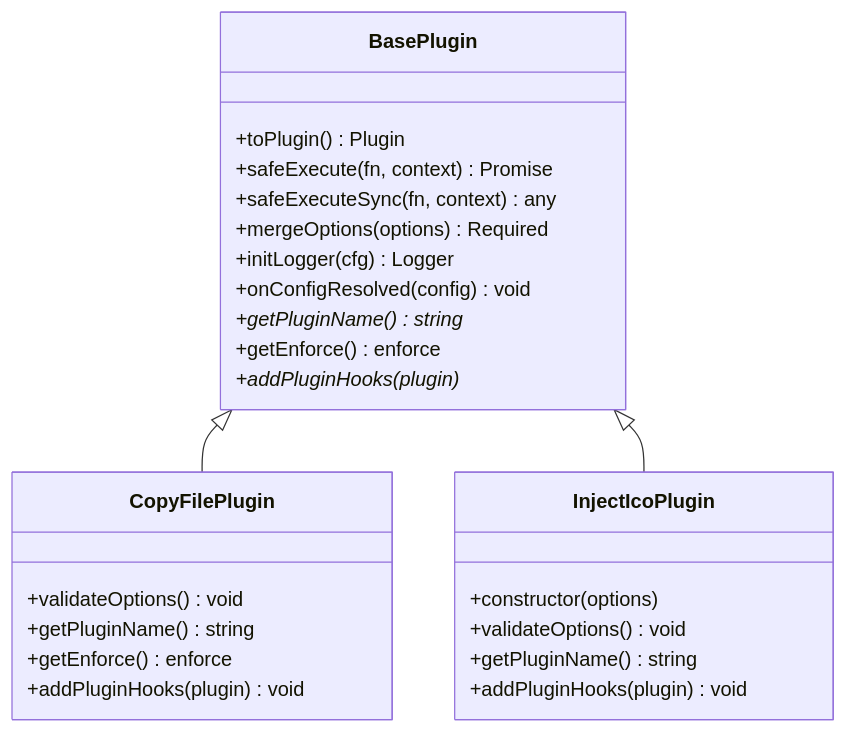
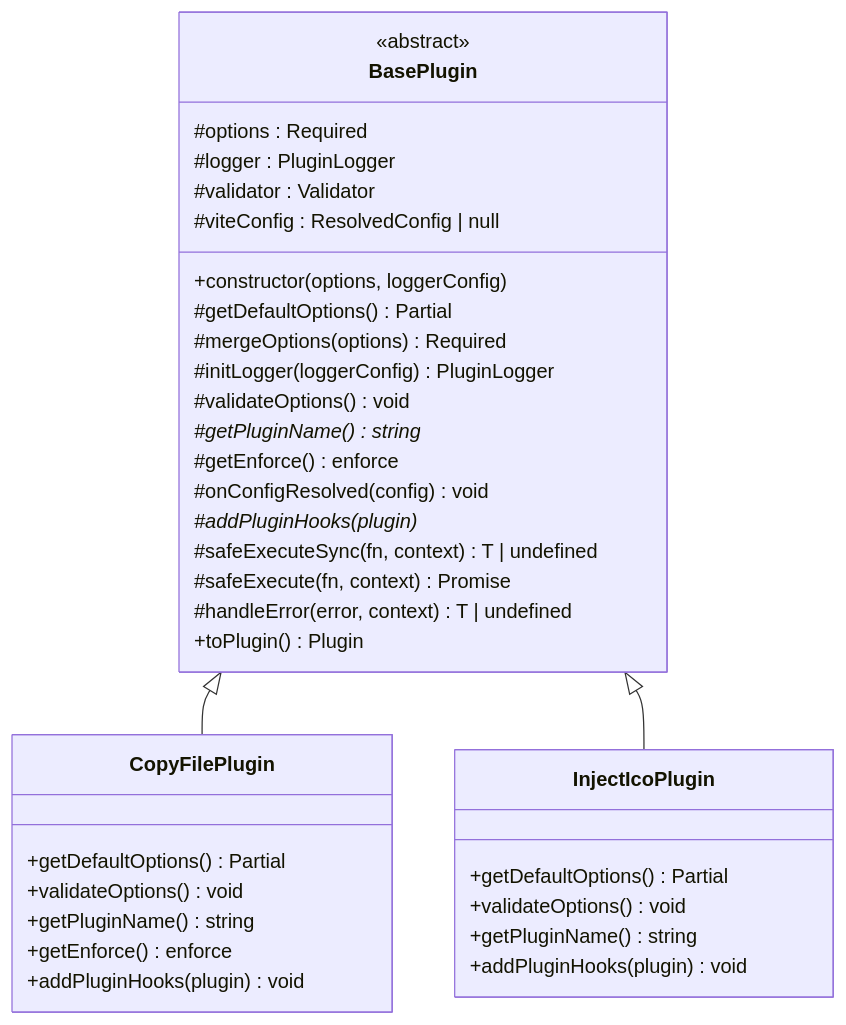
The first of 3 diagrams in .qoder/repowiki/zh/content/核心插件/核心插件.md (MengXi-Studio/vite-plugin), drawn with Mermaid before and after one commit. The commit also changed other lines of this file and 5 other files, not shown here.

````diff
--- a/.qoder/repowiki/zh/content/核心插件/核心插件.md
+++ b/.qoder/repowiki/zh/content/核心插件/核心插件.md
@@ -91,28 +52,38 @@
 ```mermaid
 classDiagram
 class BasePlugin {
+<<abstract>>
+#options : Required<T>
+#logger : PluginLogger
+#validator : Validator<T>
+#viteConfig : ResolvedConfig | null
++constructor(options, loggerConfig)
+#getDefaultOptions() Partial<T>
+#mergeOptions(options) Required<T>
+#initLogger(loggerConfig) PluginLogger
+#validateOptions() void
+#getPluginName() string*
+#getEnforce() enforce
+#onConfigResolved(config) void
+#addPluginHooks(plugin)*
+#safeExecuteSync(fn, context) T | undefined
+#safeExecute(fn, context) Promise<T | undefined>
+#handleError(error, context) T | undefined
 +toPlugin() Plugin
-+safeExecute(fn, context) Promise
-+safeExecuteSync(fn, context) any
-+mergeOptions(options) Required
-+initLogger(cfg) Logger
-+onConfigResolved(config) void
-+getPluginName() string*
-+getEnforce() enforce
-+addPluginHooks(plugin)*
 }
 class CopyFilePlugin {
++getDefaultOptions() Partial<CopyFileOptions>
 +validateOptions() void
 +getPluginName() string
 +getEnforce() enforce
 +addPluginHooks(plugin) void
 }
 class InjectIcoPlugin {
-+constructor(options)
++getDefaultOptions() Partial<InjectIcoOptions>
 +validateOptions() void
 +getPluginName() string
 +addPluginHooks(plugin) void
 }
 BasePlugin <|-- CopyFilePlugin
 BasePlugin <|-- InjectIcoPlugin
 ```
````
